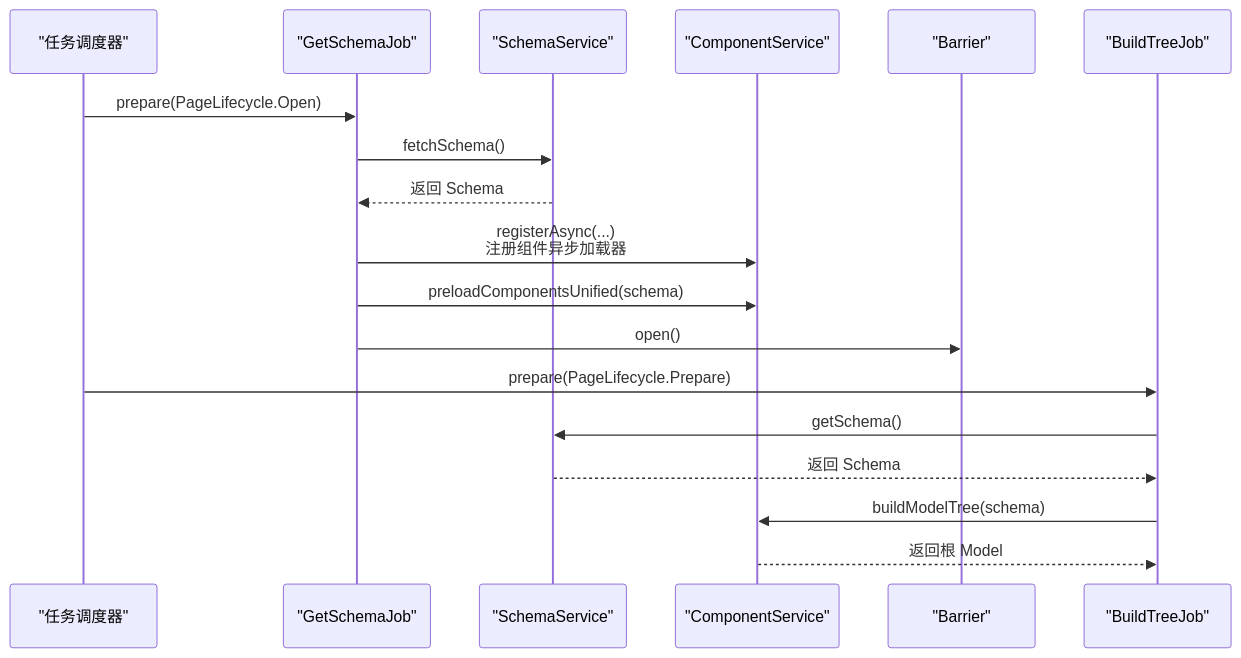
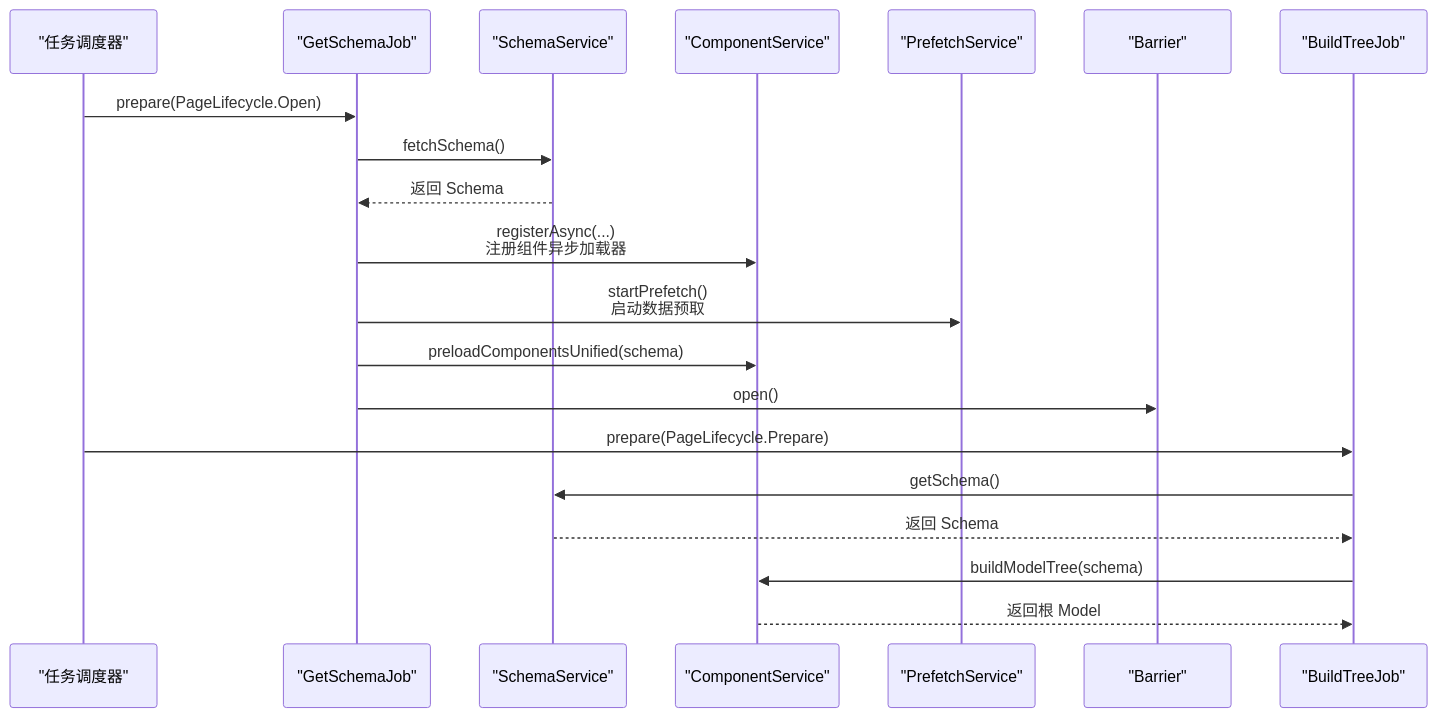
One commit to pomeloneo/mobile-builder-arch-demo changed the second of 7 diagrams in .qoder/repowiki/zh/content/任务系统/Job调度/任务类型/GetSchemaJob.md. Above: the diagram before and after it, drawn with Mermaid. The commit also changed other lines of this file and 211 other files, not shown here.

````diff
--- a/.qoder/repowiki/zh/content/任务系统/Job调度/任务类型/GetSchemaJob.md
+++ b/.qoder/repowiki/zh/content/任务系统/Job调度/任务类型/GetSchemaJob.md
@@ -108,20 +114,22 @@
 ```mermaid
 sequenceDiagram
 participant Scheduler as "任务调度器"
 participant Job as "GetSchemaJob"
 participant SchemaSvc as "SchemaService"
 participant CompSvc as "ComponentService"
+participant PrefetchSvc as "PrefetchService"
 participant Barrier as "Barrier"
 participant BuildJob as "BuildTreeJob"
 Scheduler->>Job : prepare(PageLifecycle.Open)
 Job->>SchemaSvc : fetchSchema()
 SchemaSvc-->>Job : 返回 Schema
 Job->>CompSvc : registerAsync(...)<br/>注册组件异步加载器
+Job->>PrefetchSvc : startPrefetch()<br/>启动数据预取
 Job->>CompSvc : preloadComponentsUnified(schema)
 Job->>Barrier : open()
 Scheduler->>BuildJob : prepare(PageLifecycle.Prepare)
 BuildJob->>SchemaSvc : getSchema()
 SchemaSvc-->>BuildJob : 返回 Schema
 BuildJob->>CompSvc : buildModelTree(schema)
 CompSvc-->>BuildJob : 返回根 Model
 ```
````
